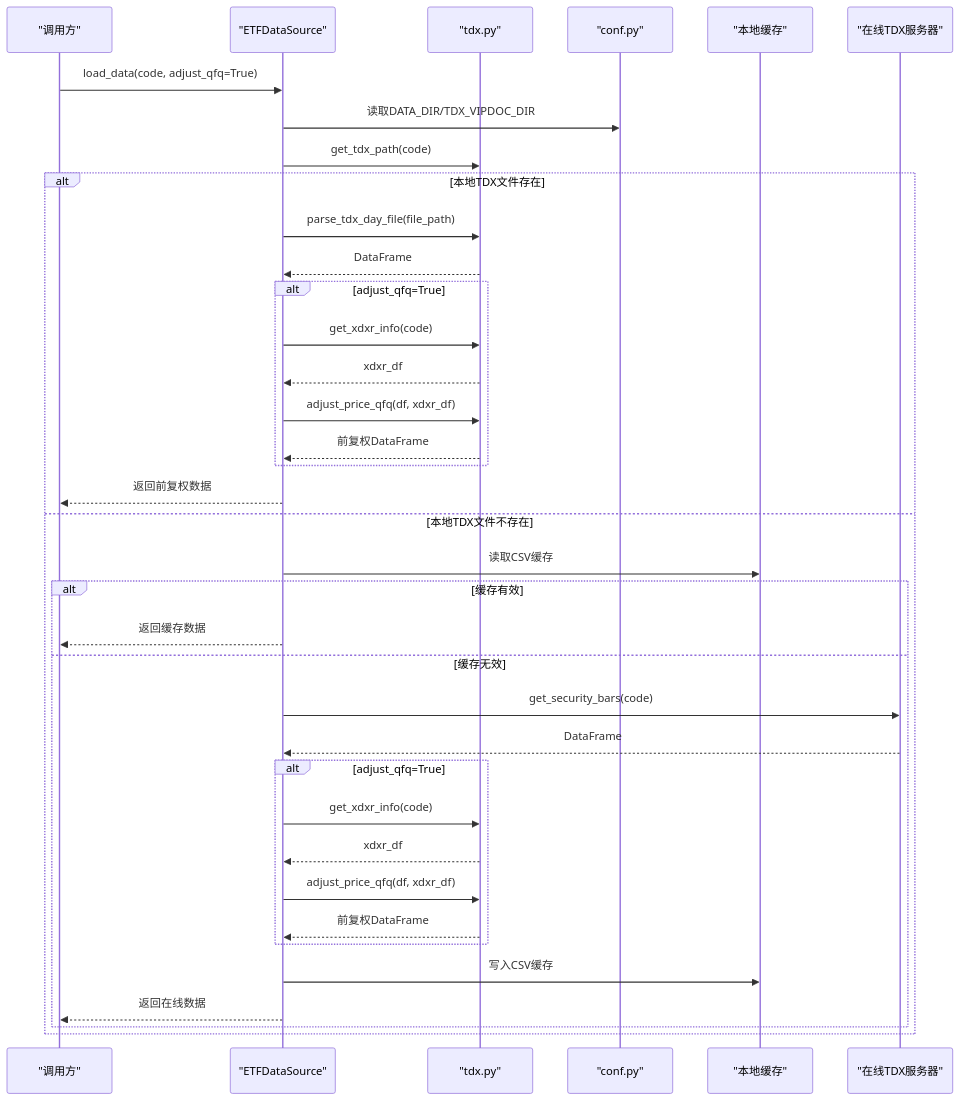
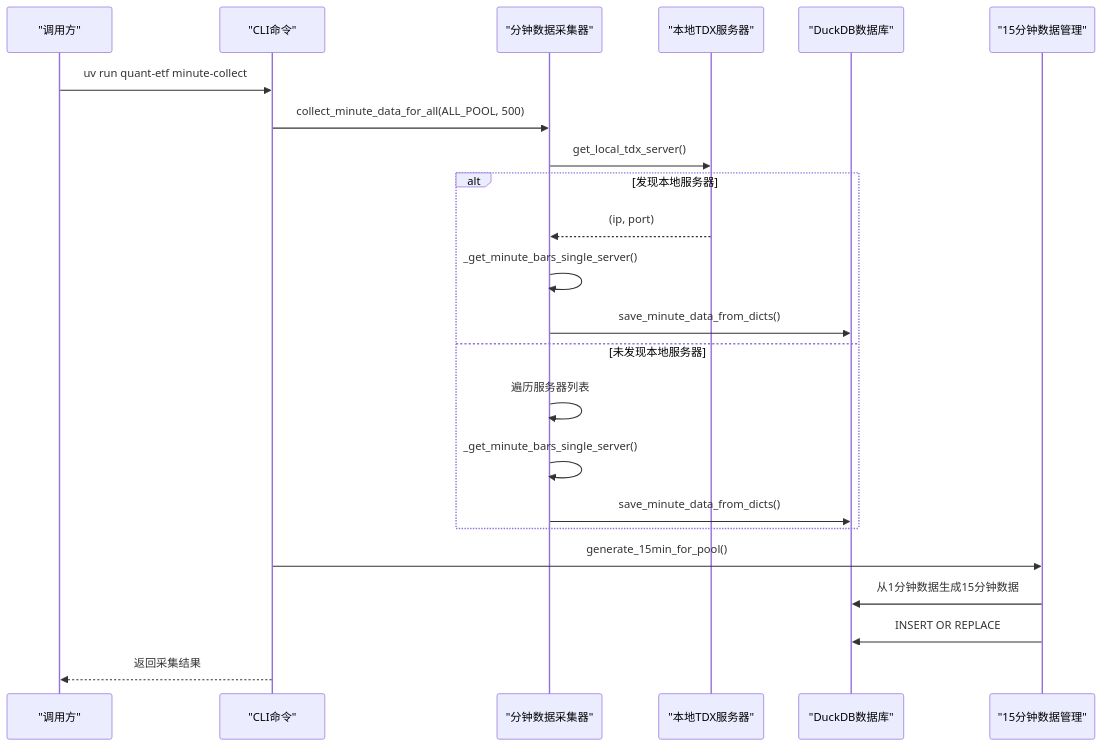
The second of 14 diagrams in .qoder/repowiki/zh/content/数据处理系统/TDX数据集成.md (ldeng76/quant-ETF), drawn with Mermaid before and after one commit. The commit also changed other lines of this file and 18 other files, not shown here.

````diff
--- a/.qoder/repowiki/zh/content/数据处理系统/TDX数据集成.md
+++ b/.qoder/repowiki/zh/content/数据处理系统/TDX数据集成.md
@@ -118,39 +161,25 @@
 ```mermaid
 sequenceDiagram
 participant Client as "调用方"
-participant DS as "ETFDataSource"
-participant TDX as "tdx.py"
-participant CONF as "conf.py"
-participant CACHE as "本地缓存"
-participant ONLINE as "在线TDX服务器"
-Client->>DS : load_data(code, adjust_qfq=True)
-DS->>CONF : 读取DATA_DIR/TDX_VIPDOC_DIR
-DS->>TDX : get_tdx_path(code)
-alt 本地TDX文件存在
-DS->>TDX : parse_tdx_day_file(file_path)
-TDX-->>DS : DataFrame
-alt adjust_qfq=True
-DS->>TDX : get_xdxr_info(code)
-TDX-->>DS : xdxr_df
-DS->>TDX : adjust_price_qfq(df, xdxr_df)
-TDX-->>DS : 前复权DataFrame
+participant CLI as "CLI命令"
+participant MIN_COLLECT as "分钟数据采集器"
+participant LOCAL_TDX as "本地TDX服务器"
+participant DUCKDB as "DuckDB数据库"
+participant MIN_MGR as "15分钟数据管理"
+Client->>CLI : uv run quant-etf minute-collect
+CLI->>MIN_COLLECT : collect_minute_data_for_all(ALL_POOL, 500)
+MIN_COLLECT->>LOCAL_TDX : get_local_tdx_server()
+alt 发现本地服务器
+LOCAL_TDX-->>MIN_COLLECT : (ip, port)
+MIN_COLLECT->>MIN_COLLECT : _get_minute_bars_single_server()
+MIN_COLLECT->>DUCKDB : save_minute_data_from_dicts()
+else 未发现本地服务器
+MIN_COLLECT->>MIN_COLLECT : 遍历服务器列表
+MIN_COLLECT->>MIN_COLLECT : _get_minute_bars_single_server()
+MIN_COLLECT->>DUCKDB : save_minute_data_from_dicts()
 end
-DS-->>Client : 返回前复权数据
-else 本地TDX文件不存在
-DS->>CACHE : 读取CSV缓存
-alt 缓存有效
-DS-->>Client : 返回缓存数据
-else 缓存无效
-DS->>ONLINE : get_security_bars(code)
-ONLINE-->>DS : DataFrame
-alt adjust_qfq=True
-DS->>TDX : get_xdxr_info(code)
-TDX-->>DS : xdxr_df
-DS->>TDX : adjust_price_qfq(df, xdxr_df)
-TDX-->>DS : 前复权DataFrame
-end
-DS->>CACHE : 写入CSV缓存
-DS-->>Client : 返回在线数据
-end
-end
+CLI->>MIN_MGR : generate_15min_for_pool()
+MIN_MGR->>DUCKDB : 从1分钟数据生成15分钟数据
+MIN_MGR->>DUCKDB : INSERT OR REPLACE
+CLI-->>Client : 返回采集结果
 ```
````
